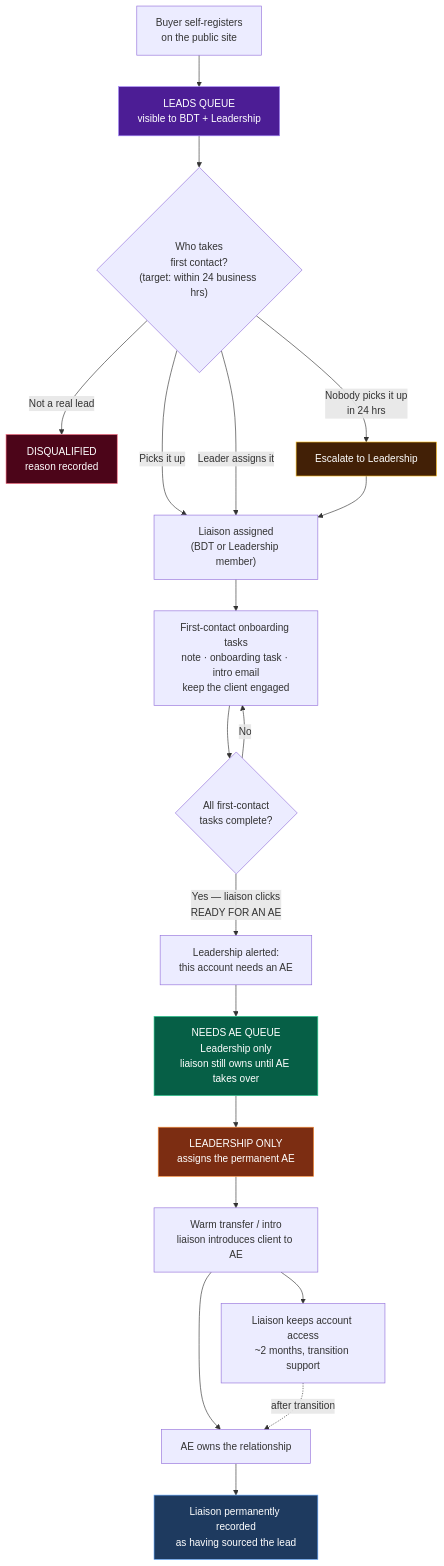
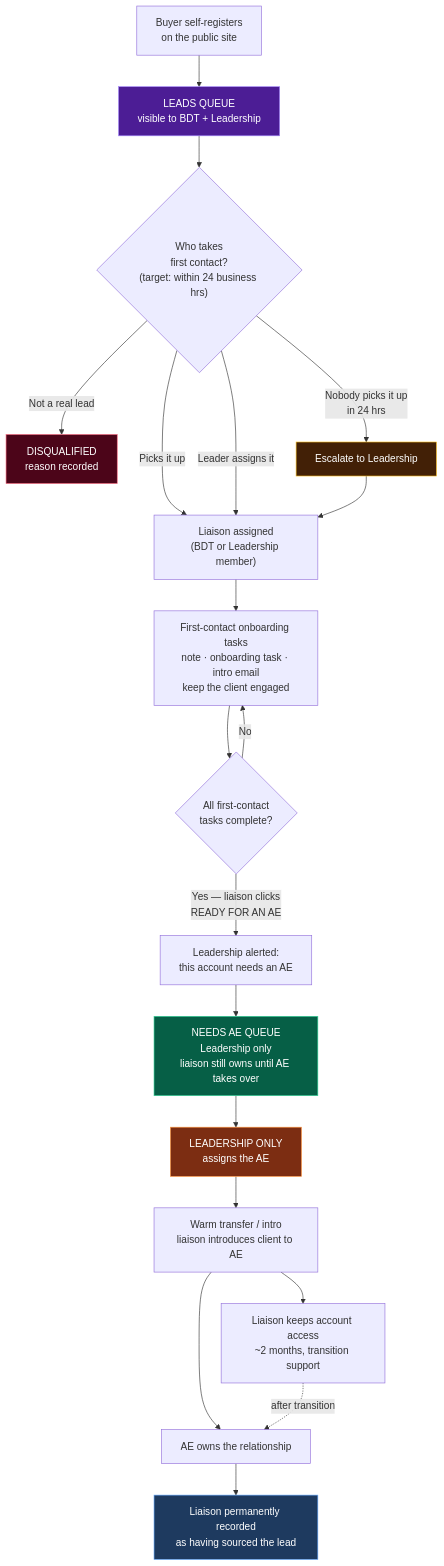
One commit to PeteyFranchise/funun changed the diagram in docs/sales/LEAD-TO-AE-HANDOFF-SOP.md. Above: the diagram before and after it, drawn with Mermaid. The commit also changed other lines of this file and 1 other file, not shown here.

Commit message:
docs(sales): AE assignment is reassignable — drop 'permanent AE' language across SOP and roadmap

````diff
--- a/docs/sales/LEAD-TO-AE-HANDOFF-SOP.md
+++ b/docs/sales/LEAD-TO-AE-HANDOFF-SOP.md
@@ -29,37 +30,37 @@
 ```mermaid
 flowchart TD
     A["Buyer self-registers<br/>on the public site"] --> B["LEADS QUEUE<br/>visible to BDT + Leadership"]
 
     B --> C{"Who takes<br/>first contact?<br/>(target: within 24 business hrs)"}
     C -->|"Picks it up"| D["Liaison assigned<br/>(BDT or Leadership member)"]
     C -->|"Leader assigns it"| D
     C -->|"Not a real lead"| X["DISQUALIFIED<br/>reason recorded"]
     C -->|"Nobody picks it up<br/>in 24 hrs"| Y["Escalate to Leadership"]
     Y --> D
 
     D --> E["First-contact onboarding tasks<br/>note · onboarding task · intro email<br/>keep the client engaged"]
 
     E --> F{"All first-contact<br/>tasks complete?"}
     F -->|"No"| E
     F -->|"Yes — liaison clicks<br/>READY FOR AN AE"| G["Leadership alerted:<br/>this account needs an AE"]
 
     G --> H["NEEDS AE QUEUE<br/>Leadership only<br/>liaison still owns until AE takes over"]
 
-    H --> I["LEADERSHIP ONLY<br/>assigns the permanent AE"]
+    H --> I["LEADERSHIP ONLY<br/>assigns the AE"]
 
     I --> J["Warm transfer / intro<br/>liaison introduces client to AE"]
 
     J --> K["AE owns the relationship"]
     J --> L["Liaison keeps account access<br/>~2 months, transition support"]
 
     L -.->|"after transition"| K
 
     K --> M["Liaison permanently recorded<br/>as having sourced the lead"]
 
     style B fill:#4c1d95,stroke:#a78bfa,color:#fff
     style H fill:#065f46,stroke:#34d399,color:#fff
     style I fill:#7c2d12,stroke:#fb923c,color:#fff
     style M fill:#1e3a5f,stroke:#60a5fa,color:#fff
     style X fill:#4c0519,stroke:#fb7185,color:#fff
     style Y fill:#422006,stroke:#fbbf24,color:#fff
 ```
````
